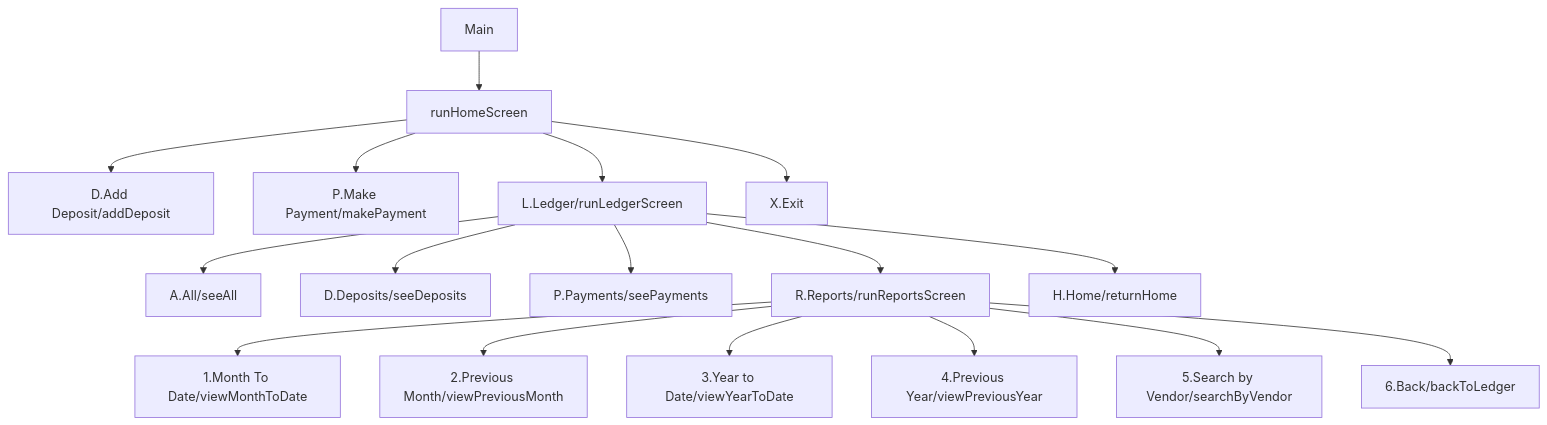
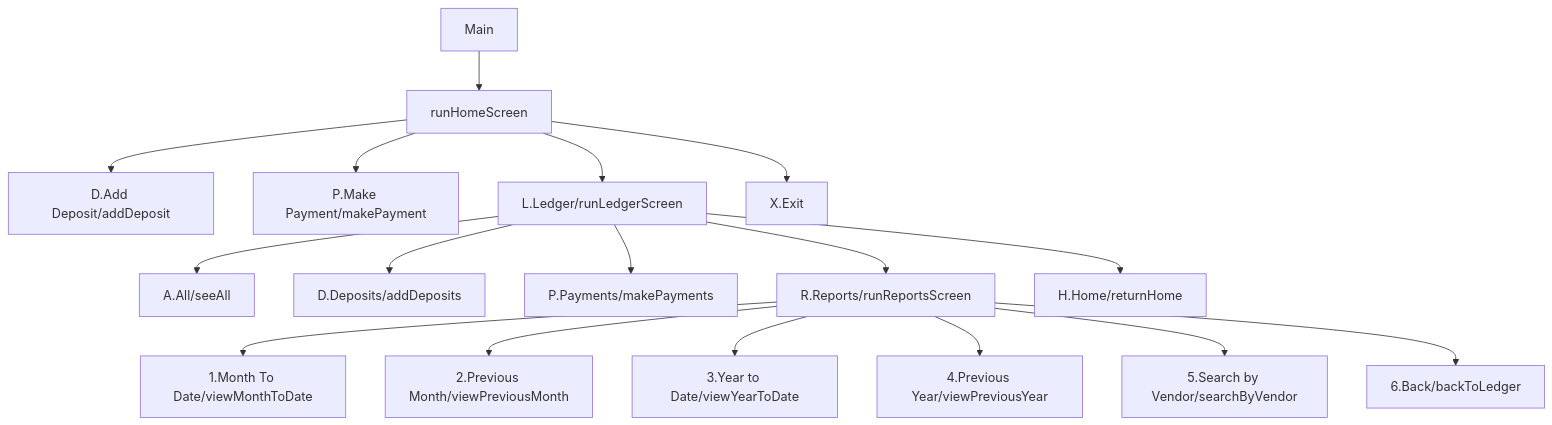
The diagram in README.md (Fnavarro81/account-ledger), drawn with Mermaid before and after one commit. The commit also changed 2 other files, not shown here.

Commit message:
Add make payments

`````diff
--- a/README.md
+++ b/README.md
@@ -1,19 +1,19 @@
 ````mermaid
 flowchart TD
 A1[Main] --> B[runHomeScreen]
 B --> C1[D.Add Deposit/addDeposit]
 B --> C2[P.Make Payment/makePayment]
 B --> C3[L.Ledger/runLedgerScreen]
 B --> C4[X.Exit]
 C3 --> D1[A.All/seeAll]
-C3 --> D2[D.Deposits/seeDeposits]
-C3 --> D3[P.Payments/seePayments]
+C3 --> D2[D.Deposits/addDeposits]
+C3 --> D3[P.Payments/makePayments]
 C3 --> D4[R.Reports/runReportsScreen]
 C3 --> D5[H.Home/returnHome]
 D4 --> E1[1.Month To Date/viewMonthToDate]
 D4 --> E2[2.Previous Month/viewPreviousMonth]
 D4 --> E3[3.Year to Date/viewYearToDate]
 D4 --> E4[4.Previous Year/viewPreviousYear]
 D4 --> E5[5.Search by Vendor/searchByVendor]
 D4 --> E6[6.Back/backToLedger]
 ````
`````
